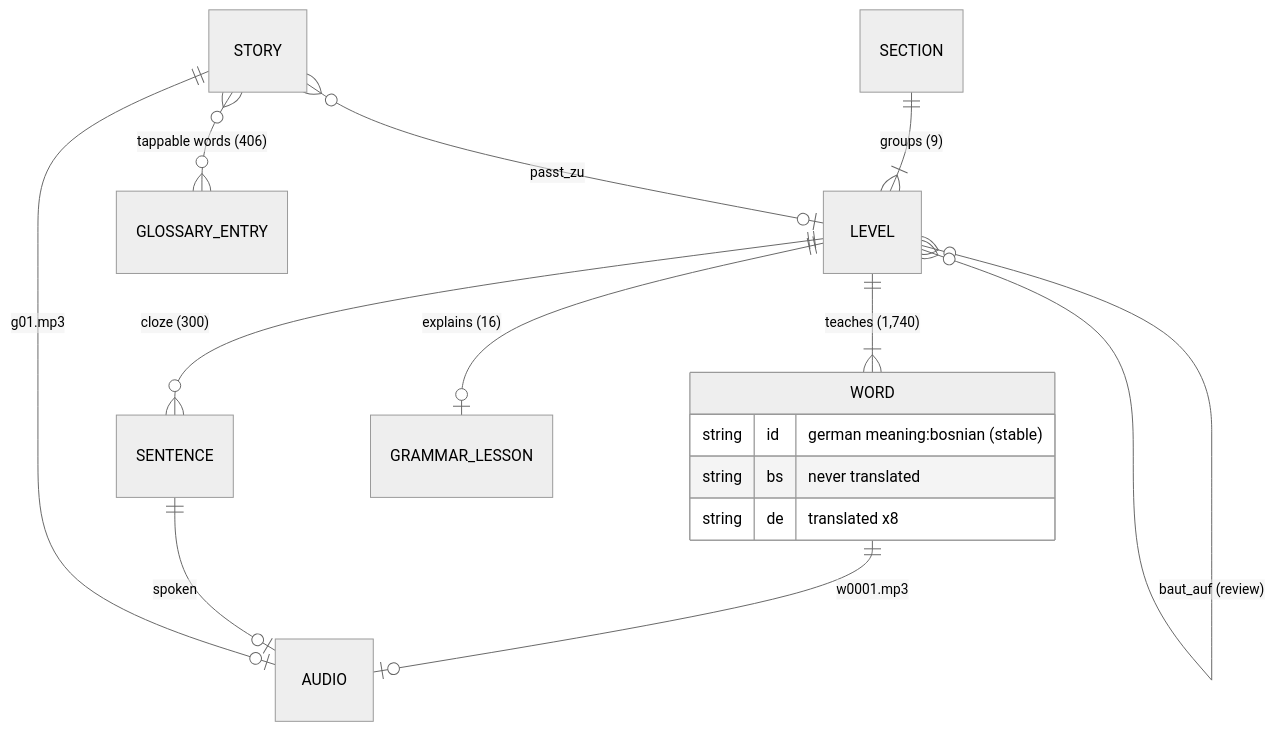
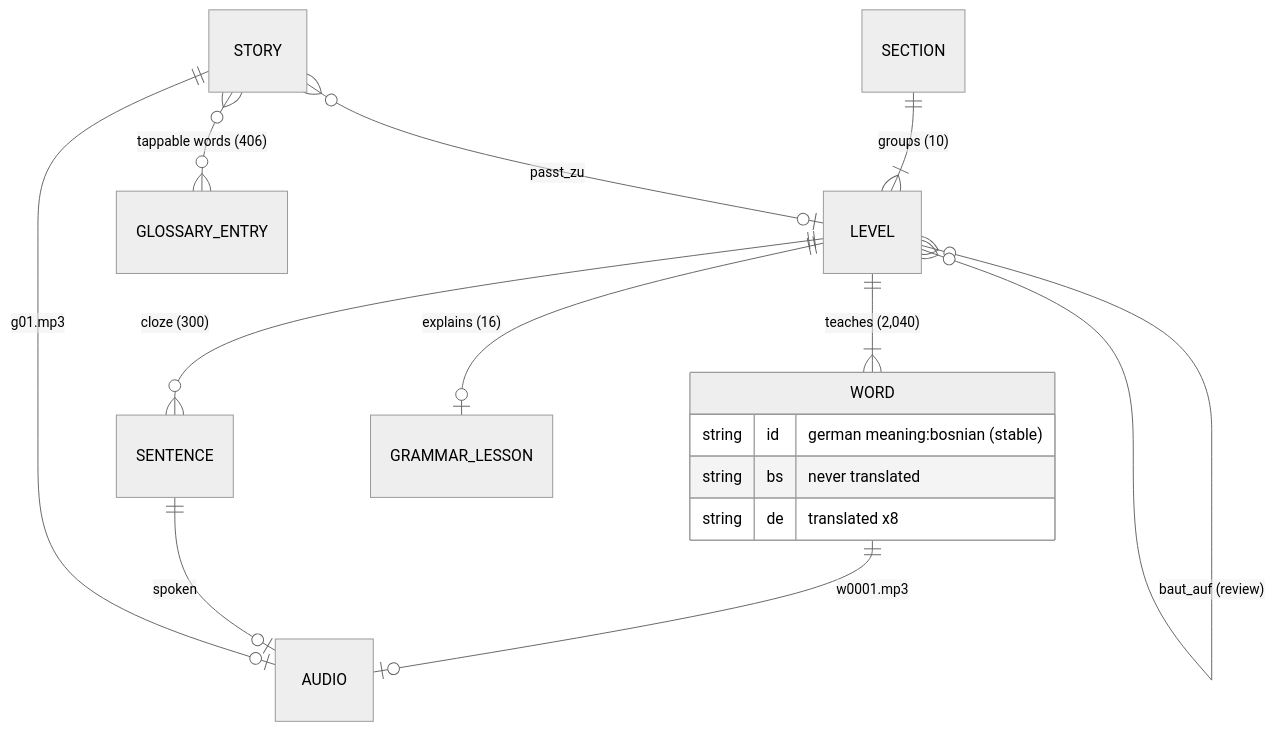
One commit to zmaj-lernapp/zmaj changed the second of 3 diagrams in docs/ARCHITECTURE.md. Above: the diagram before and after it, drawn with Mermaid (neutral theme). The commit also changed other lines of this file and 51 other files, not shown here.

````diff
--- a/docs/ARCHITECTURE.md
+++ b/docs/ARCHITECTURE.md
@@ -54,18 +54,18 @@
 ```mermaid
 erDiagram
-  SECTION ||--|{ LEVEL : "groups (9)"
-  LEVEL ||--|{ WORD : "teaches (1,740)"
+  SECTION ||--|{ LEVEL : "groups (10)"
+  LEVEL ||--|{ WORD : "teaches (2,040)"
   LEVEL ||--o{ SENTENCE : "cloze (300)"
   LEVEL ||--o| GRAMMAR_LESSON : "explains (16)"
   LEVEL }o--o{ LEVEL : "baut_auf (review)"
   STORY }o--o| LEVEL : "passt_zu"
   STORY }o--o{ GLOSSARY_ENTRY : "tappable words (406)"
   WORD ||--o| AUDIO : "w0001.mp3"
   SENTENCE ||--o| AUDIO : "spoken"
   STORY ||--o| AUDIO : "g01.mp3"
   WORD {
     string id "german meaning:bosnian (stable)"
     string bs "never translated"
     string de "translated x8"
   }
 ```
````
